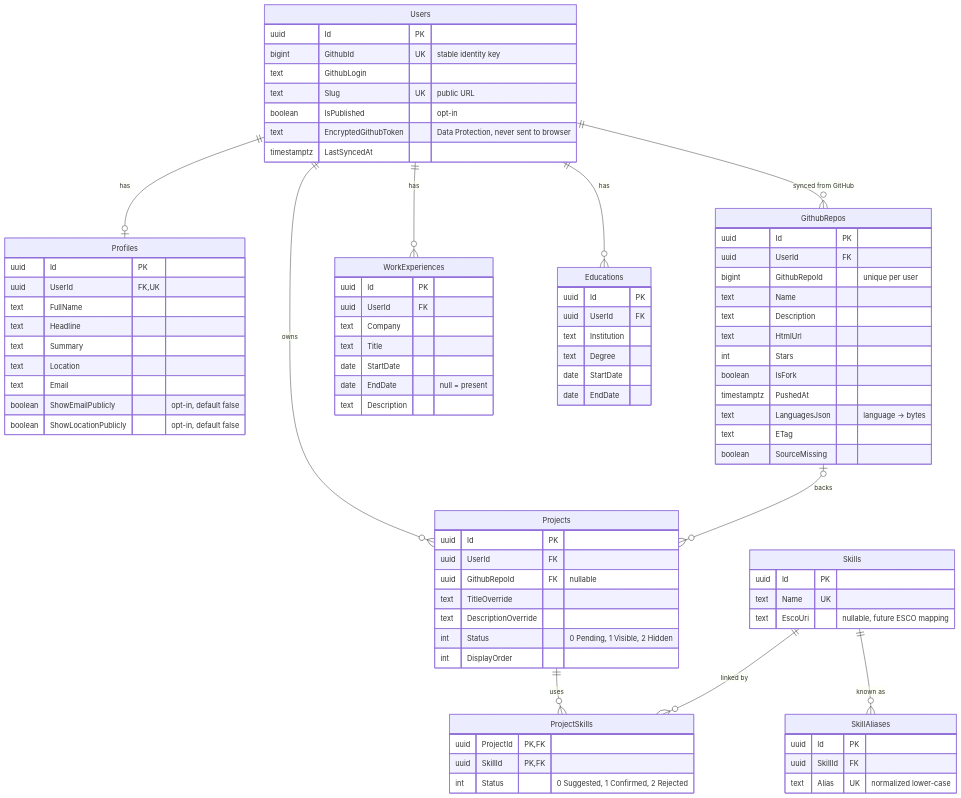
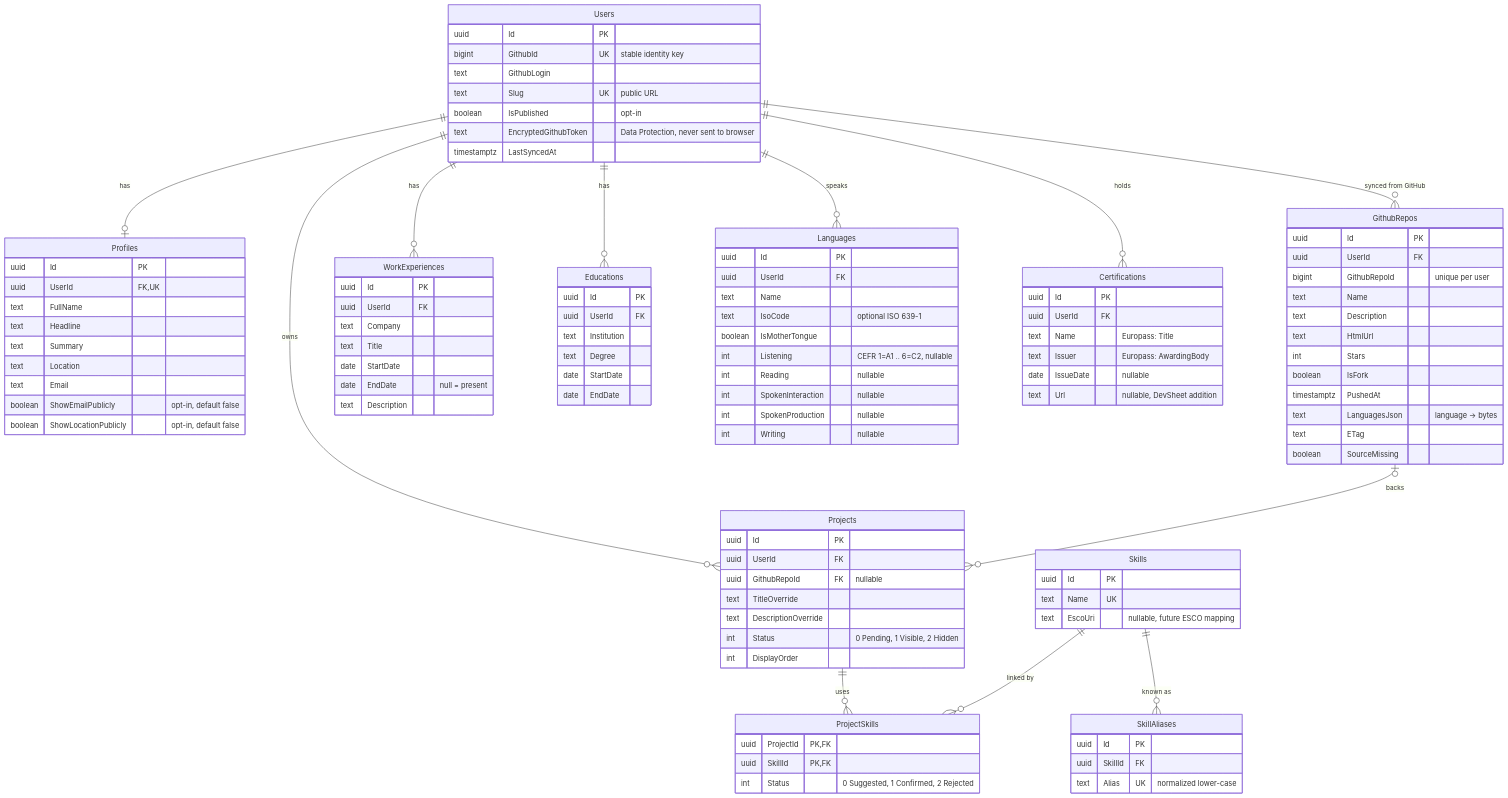
Before and after one commit to StanimirRaykov/DevSheet: the diagram in docs/DATABASE.md, drawn with Mermaid. The commit also changed other lines of this file and 5 other files, not shown here.

````diff
--- a/docs/DATABASE.md
+++ b/docs/DATABASE.md
@@ -21,6 +21,8 @@
     Users ||--o{ Projects : owns
     Users ||--o{ WorkExperiences : has
     Users ||--o{ Educations : has
+    Users ||--o{ Languages : speaks
+    Users ||--o{ Certifications : holds
     GithubRepos |o--o{ Projects : "backs"
     Projects ||--o{ ProjectSkills : uses
     Skills ||--o{ ProjectSkills : "linked by"
@@ -101,4 +103,24 @@
         date StartDate
         date EndDate
     }
+    Languages {
+        uuid Id PK
+        uuid UserId FK
+        text Name
+        text IsoCode "optional ISO 639-1"
+        boolean IsMotherTongue
+        int Listening "CEFR 1=A1 .. 6=C2, nullable"
+        int Reading "nullable"
+        int SpokenInteraction "nullable"
+        int SpokenProduction "nullable"
+        int Writing "nullable"
+    }
+    Certifications {
+        uuid Id PK
+        uuid UserId FK
+        text Name "Europass: Title"
+        text Issuer "Europass: AwardingBody"
+        date IssueDate "nullable"
+        text Url "nullable, DevSheet addition"
+    }
 ```
````
